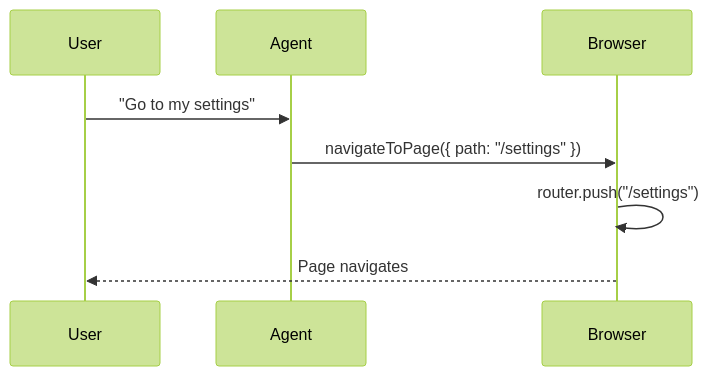
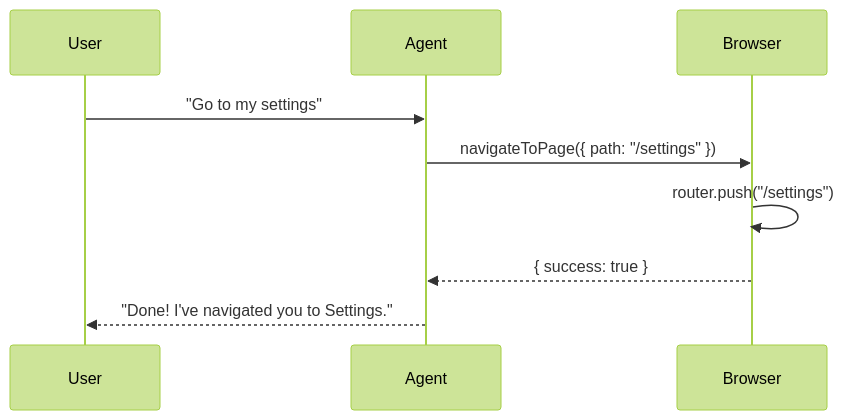
Before and after one commit to usecrow/docs: the diagram in client-side-tools.mdx, drawn with Mermaid (forest theme). The commit also changed other lines of this file and 1 other file, not shown here.

Commit message:
docs: add agent feedback flow and automatic retries section

````diff
--- a/client-side-tools.mdx
+++ b/client-side-tools.mdx
@@ -10,11 +10,12 @@
 ```mermaid
 sequenceDiagram
     participant User
     participant Agent
     participant Browser
     
     User->>Agent: "Go to my settings"
     Agent->>Browser: navigateToPage({ path: "/settings" })
     Browser->>Browser: router.push("/settings")
-    Browser-->>User: Page navigates
+    Browser-->>Agent: { success: true }
+    Agent-->>User: "Done! I've navigated you to Settings."
 ```
````
